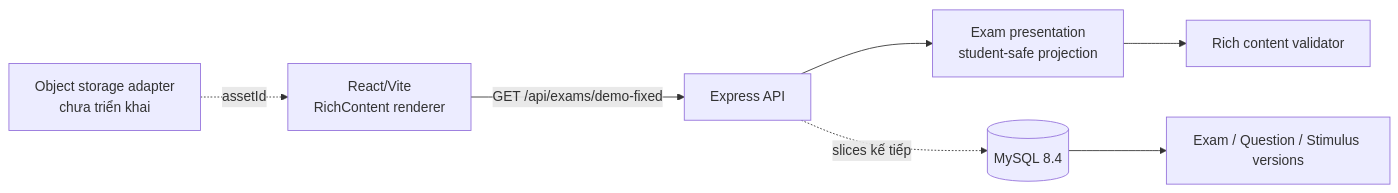
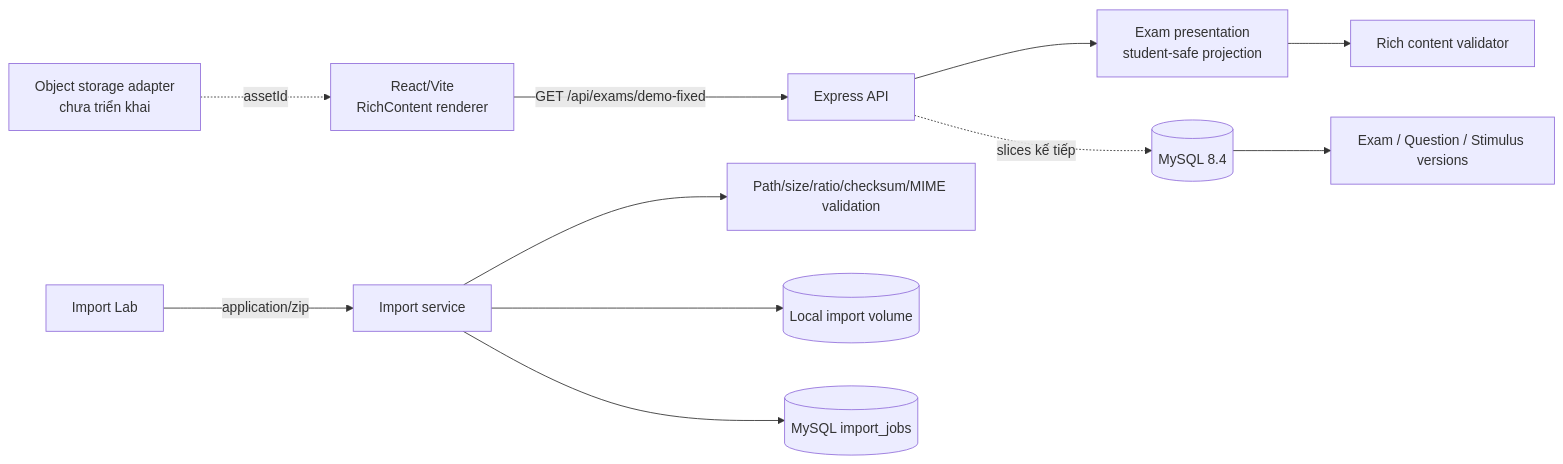
The diagram in docs/ARCHITECTURE.md (Datkoishi/martinlearningsystems), drawn with Mermaid before and after one commit. The commit also changed other lines of this file and 34 other files, not shown here.

````diff
--- a/docs/ARCHITECTURE.md
+++ b/docs/ARCHITECTURE.md
@@ -5,9 +5,13 @@
 ```mermaid
 flowchart LR
   UI[React/Vite\nRichContent renderer] -->|GET /api/exams/demo-fixed| API[Express API]
   API --> Present[Exam presentation\nstudent-safe projection]
   Present --> Validate[Rich content validator]
   API -. slices kế tiếp .-> DB[(MySQL 8.4)]
   DB --> Versions[Exam / Question / Stimulus versions]
   Assets[Object storage adapter\nchưa triển khai] -. assetId .-> UI
+  Lab[Import Lab] -->|application/zip| Import[Import service]
+  Import --> SafeZip[Path/size/ratio/checksum/MIME validation]
+  Import --> Store[(Local import volume)]
+  Import --> Jobs[(MySQL import_jobs)]
 ```
````
